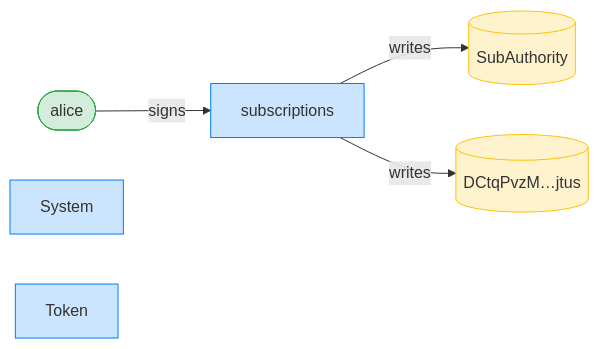
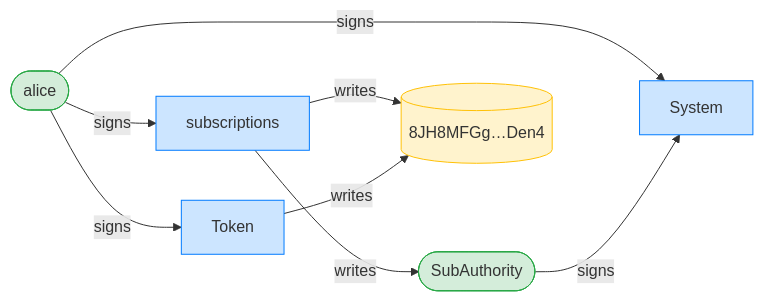
The third of 12 diagrams in dsl_tests/create-a-fixed-delegation-with-a-zero-expiry.md (cds-rs/subscriptions), drawn with Mermaid before and after one commit. The commit also changed other lines of this file and 224 other files, not shown here.

````diff
--- a/dsl_tests/create-a-fixed-delegation-with-a-zero-expiry.md
+++ b/dsl_tests/create-a-fixed-delegation-with-a-zero-expiry.md
@@ -53,15 +54,19 @@
 ```mermaid
 flowchart LR
     classDef signer fill:#d4edda,stroke:#28a745;
     classDef program fill:#cce5ff,stroke:#007bff;
     classDef writable fill:#fff3cd,stroke:#ffc107;
     subscriptions[subscriptions]:::program
     alice([alice]):::signer
-    SubAuthority[(SubAuthority)]:::writable
-    DCtqPvzM_jtus[("DCtqPvzM…jtus")]:::writable
+    SubAuthority([SubAuthority]):::signer
+    8JH8MFGg_Den4[("8JH8MFGg…Den4")]:::writable
     System[System]:::program
     Token[Token]:::program
     alice -->|signs| subscriptions
+    alice -->|signs| System
+    SubAuthority -->|signs| System
+    alice -->|signs| Token
     subscriptions -->|writes| SubAuthority
-    subscriptions -->|writes| DCtqPvzM_jtus
+    subscriptions -->|writes| 8JH8MFGg_Den4
+    Token -->|writes| 8JH8MFGg_Den4
 ```
````
